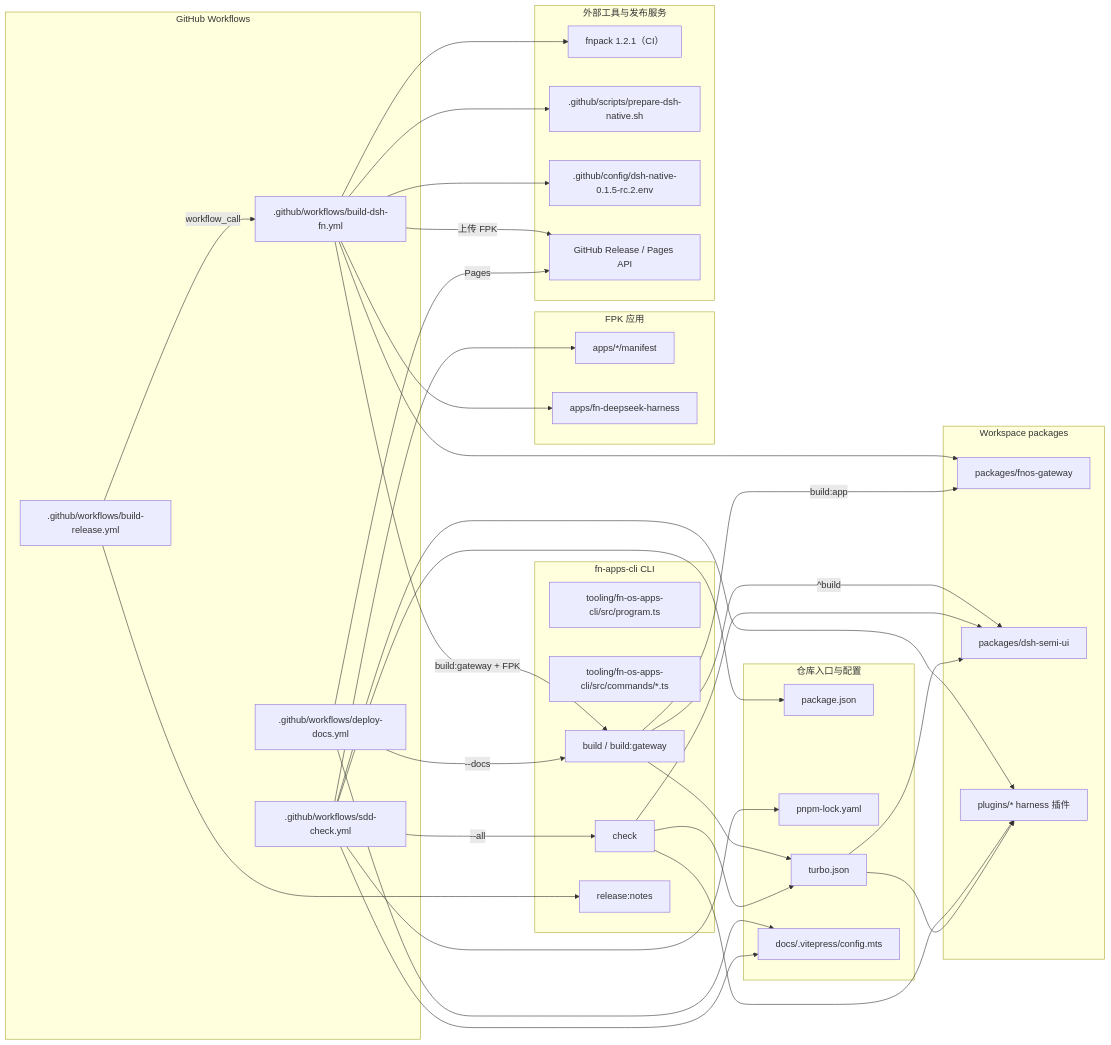
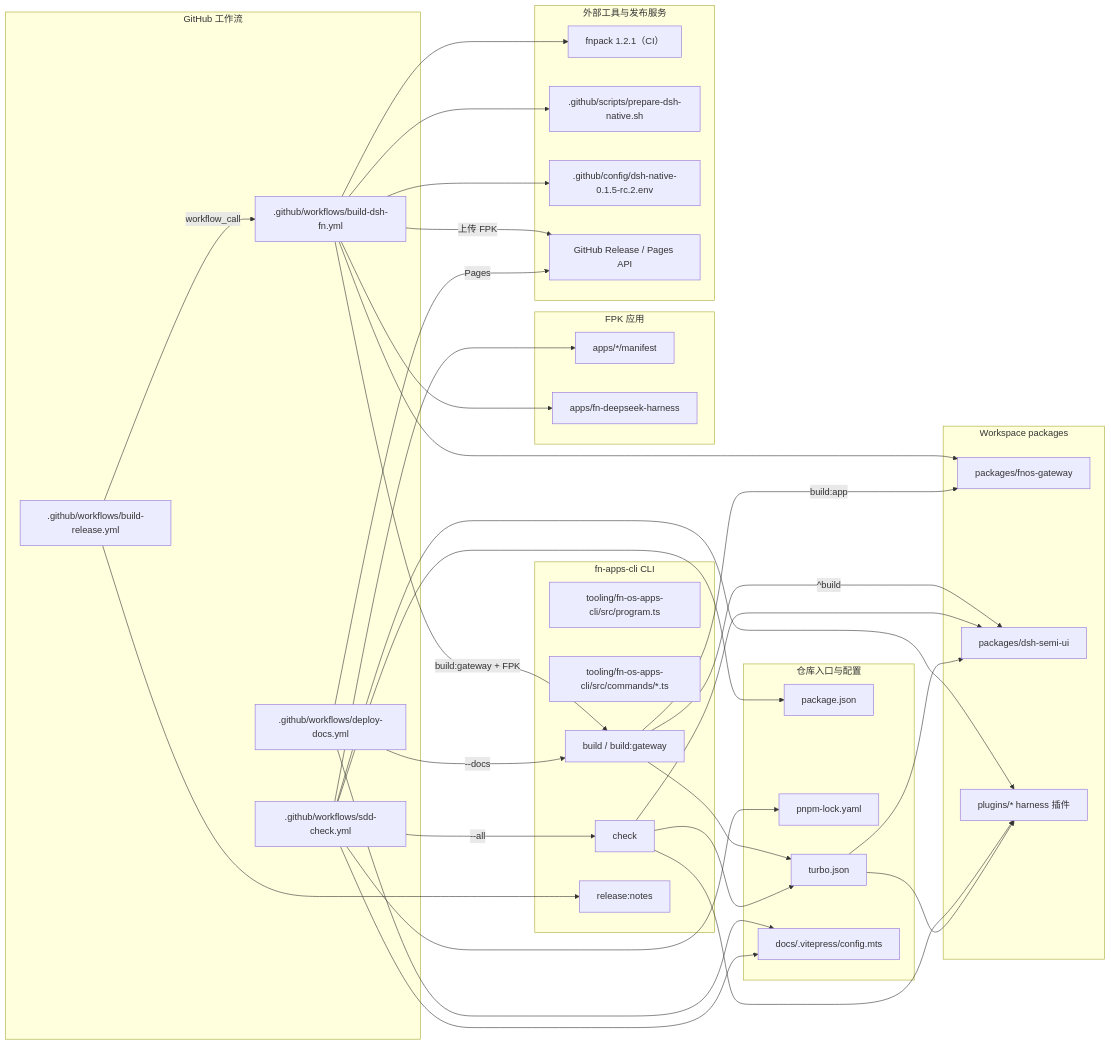
Before and after one commit to FNOSP/fnos-dsh: the fourth of 4 diagrams in docs/development/github-workflows.md, drawn with Mermaid. The commit also changed other lines of this file and 22 other files, not shown here.

````diff
--- a/docs/development/github-workflows.md
+++ b/docs/development/github-workflows.md
@@ -126,70 +126,70 @@
 ```mermaid
 flowchart LR
-  subgraph workflows["GitHub Workflows"]
+  subgraph workflows["GitHub 工作流"]
     release[".github/workflows/build-release.yml"]
     dsh[".github/workflows/build-dsh-fn.yml"]
     docs[".github/workflows/deploy-docs.yml"]
     sdd[".github/workflows/sdd-check.yml"]
   end
 
   subgraph repo["仓库入口与配置"]
     rootPackage["package.json"]
     lockfile["pnpm-lock.yaml"]
     turbo["turbo.json"]
     docsConfig["docs/.vitepress/config.mts"]
   end
 
   subgraph cli["fn-apps-cli CLI"]
     program["tooling/fn-os-apps-cli/src/program.ts"]
     commands["tooling/fn-os-apps-cli/src/commands/*.ts"]
     build["build / build:gateway"]
     check["check"]
     releaseNotes["release:notes"]
   end
 
   subgraph packages["Workspace packages"]
     gateway["packages/fnos-gateway"]
     sharedUi["packages/dsh-semi-ui"]
     harnessPlugins["plugins/* harness 插件"]
   end
 
   subgraph apps["FPK 应用"]
     manifests["apps/*/manifest"]
     harnessApp["apps/fn-deepseek-harness"]
   end
 
   subgraph tools["外部工具与发布服务"]
     fnpack["fnpack 1.2.1（CI）"]
     native[".github/scripts/prepare-dsh-native.sh"]
     nativeConfig[".github/config/dsh-native-0.1.5-rc.2.env"]
     github["GitHub Release / Pages API"]
   end
 
   release -->|workflow_call| dsh
   release --> releaseNotes
   dsh -->|build:gateway + FPK| build
   dsh --> gateway
   dsh --> native
   dsh --> nativeConfig
   dsh --> harnessApp
   dsh --> fnpack
   dsh -->|上传 FPK| github
   docs -->|--docs| build
   docs --> docsConfig
   docs -->|Pages| github
   sdd -->|--all| check
   sdd --> docsConfig
   sdd --> rootPackage
   sdd --> lockfile
   sdd --> harnessPlugins
   sdd --> manifests
 
   build --> turbo
   build -->|^build| sharedUi
   build -->|build:app| gateway
   check --> turbo
   check --> sharedUi
   check --> harnessPlugins
   turbo --> sharedUi
   turbo --> harnessPlugins
 ```
````
